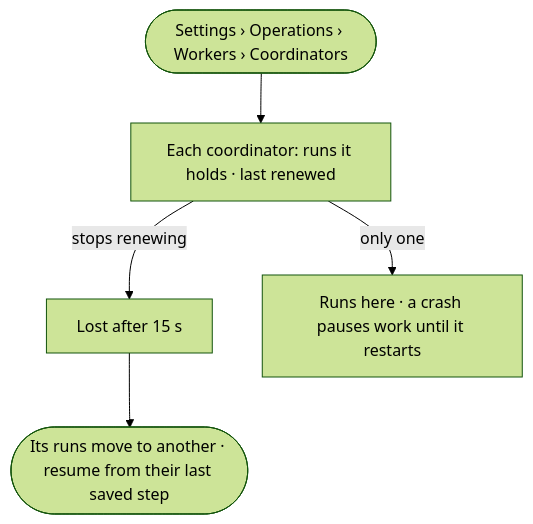
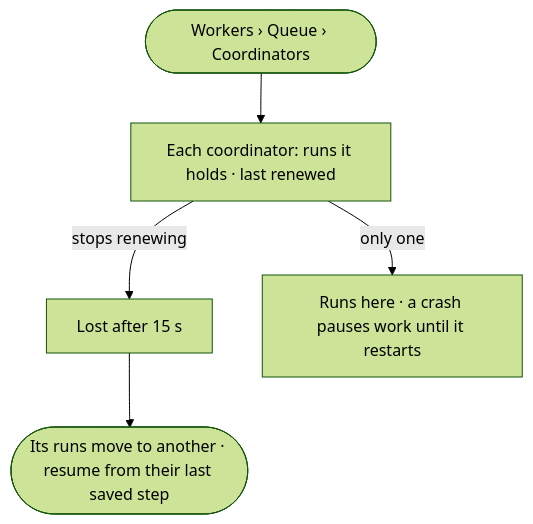
Before and after one commit to invana/invana: the diagram in specs/os/control/features/CP-F03-workers-and-the-queue/stories/CP-07-a-lost-coordinator-costs-seconds-not-runs/story.md, drawn with Mermaid (forest theme). The commit also changed 133 other files, not shown here.

````diff
--- a/specs/os/control/features/CP-F03-workers-and-the-queue/stories/CP-07-a-lost-coordinator-costs-seconds-not-runs/story.md
+++ b/specs/os/control/features/CP-F03-workers-and-the-queue/stories/CP-07-a-lost-coordinator-costs-seconds-not-runs/story.md
@@ -26,7 +26,7 @@
 ```mermaid
 flowchart TD
-  s([Settings › Operations › Workers › Coordinators]) --> l["Each coordinator: runs it holds · last renewed"]
+  s([Workers › Queue › Coordinators]) --> l["Each coordinator: runs it holds · last renewed"]
   l -->|stops renewing| lost["Lost after 15 s"]
   lost --> mv(["Its runs move to another · resume from their last saved step"])
   l -->|only one| one["Runs here · a crash pauses work until it restarts"]
 ```
````
